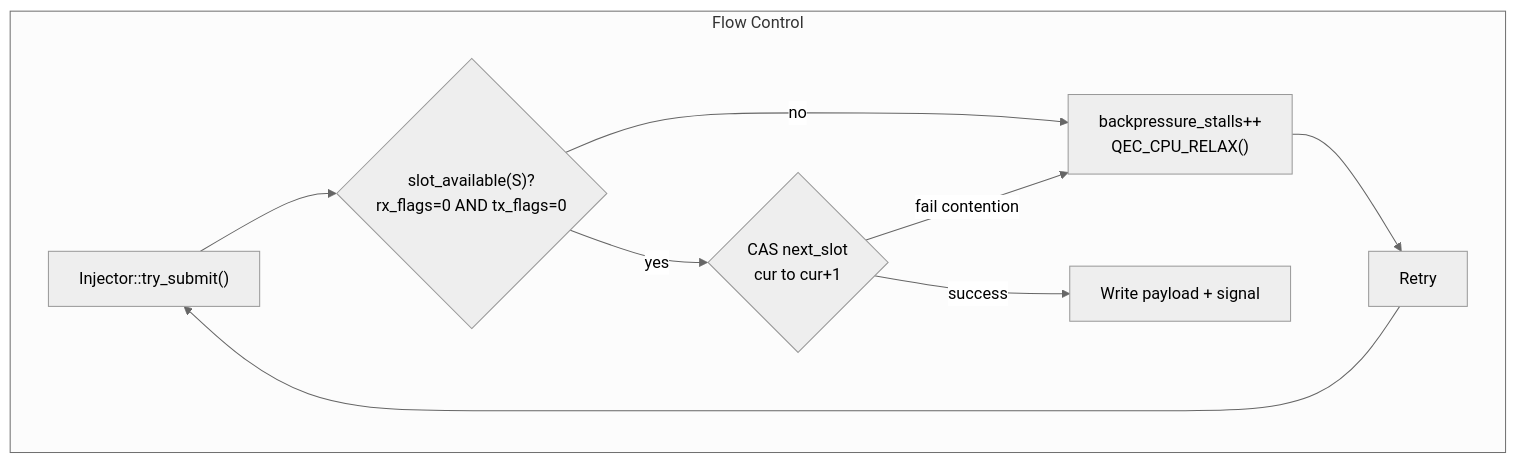
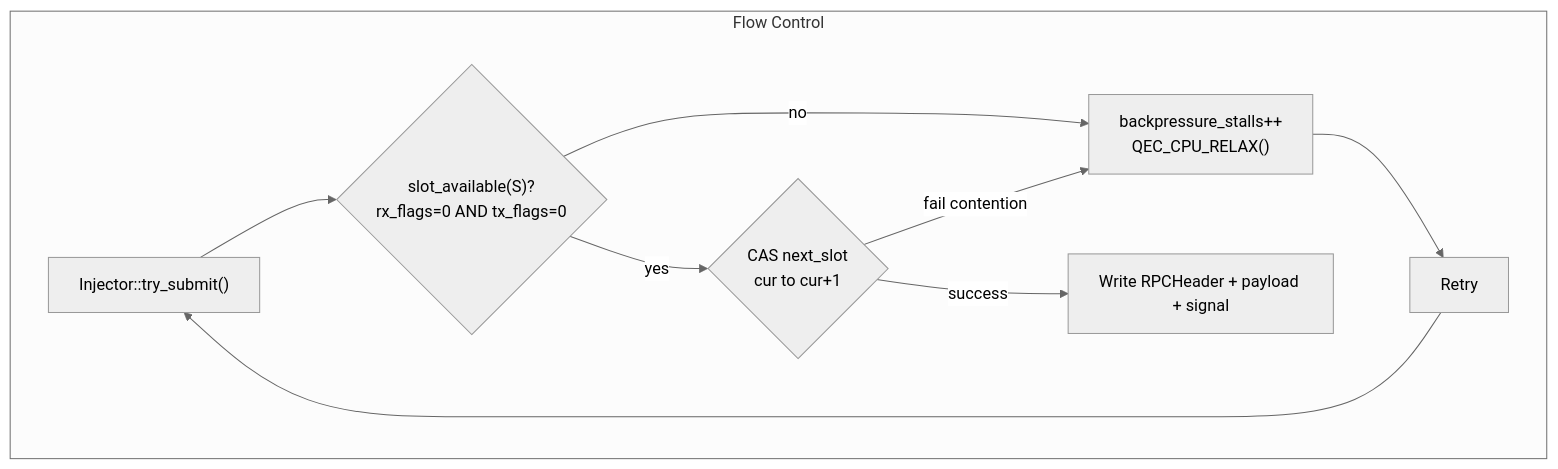
Before and after one commit to wsttiger/cudaqx: the sixth of 8 diagrams in docs/realtime_pipeline_architecture.md, drawn with Mermaid (neutral theme). The commit also changed other lines of this file and 5 other files, not shown here.

````diff
--- a/docs/realtime_pipeline_architecture.md
+++ b/docs/realtime_pipeline_architecture.md
@@ -293,18 +344,18 @@
 ```mermaid
 flowchart TD
     subgraph "Flow Control"
         Submit["Injector::try_submit()"]
         Check{"slot_available(S)?<br>rx_flags=0 AND tx_flags=0"}
         CAS{"CAS next_slot<br>cur to cur+1"}
-        Write["Write payload + signal"]
+        Write["Write RPCHeader + payload + signal"]
         Stall["backpressure_stalls++<br>QEC_CPU_RELAX()"]
         Retry["Retry"]
 
         Submit --> Check
         Check -->|yes| CAS
         Check -->|no| Stall
         CAS -->|success| Write
         CAS -->|"fail contention"| Stall
         Stall --> Retry --> Submit
     end
 ```
````
